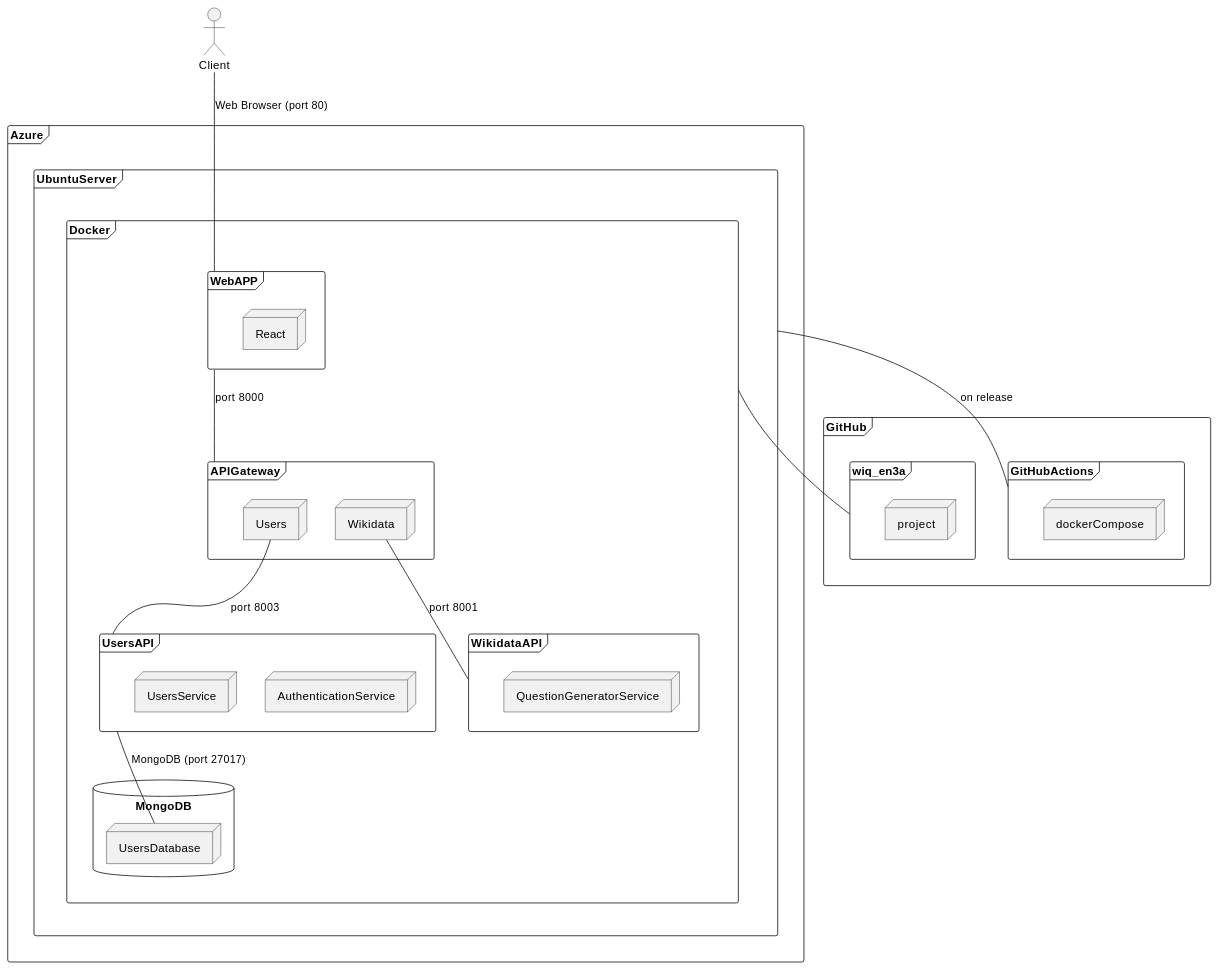
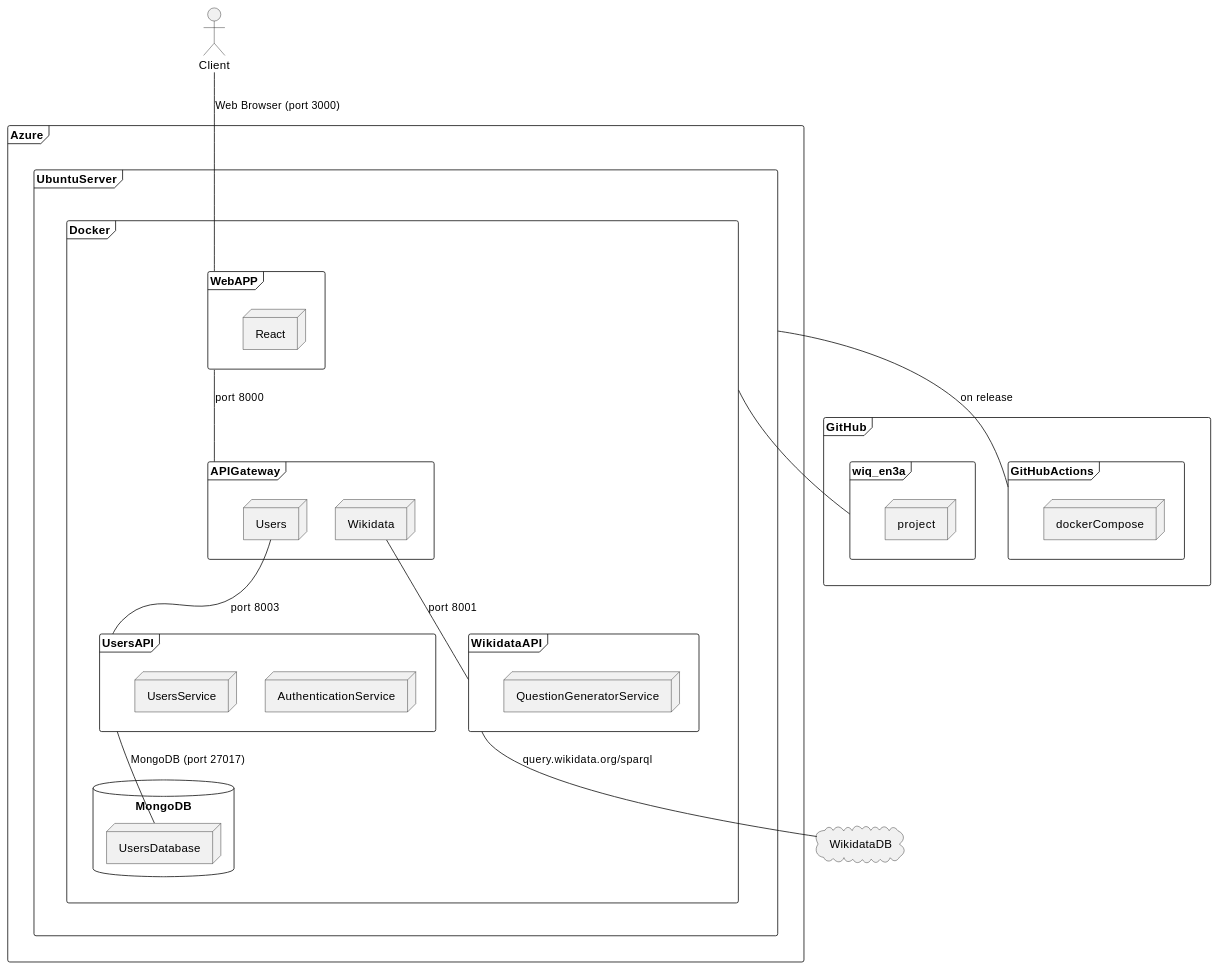
The diagram in docs/src/07_deployment_view.adoc (UO289930/wiq_en3a), drawn with PlantUML before and after one commit. The commit also changed other lines of this file and 7 other files, not shown here.

```diff
--- a/docs/src/07_deployment_view.adoc
+++ b/docs/src/07_deployment_view.adoc
@@ -98,57 +136,62 @@
 [plantuml, target=deployment-diagram, format=png]
 ....
 actor client as "Client"
 frame Azure {
     frame UbuntuServer {
         frame Docker {
 
 
             frame WebAPP {
                 node React
             }
 
             frame APIGateway {
                 node Users
 
                 node Wikidata
             }
 
             database MongoDB {
                 node UsersDatabase
             }
 
             frame UsersAPI {
                 node AuthenticationService
 
                 node UsersService
             }
 
             frame WikidataAPI {
                 node QuestionGeneratorService
             }
         }
     }
 }
 
+cloud WikidataDB{
+    
+}
+
 frame GitHub{
 
         frame GitHubActions{
             node dockerCompose
         }
 
         frame wiq_en3a{
             node project
         }
 
     }
 
 
 WebAPP -- APIGateway : port 8000
 Wikidata -- WikidataAPI: port 8001
+WikidataAPI -- WikidataDB: query.wikidata.org/sparql
 Users -- UsersAPI : port 8003
 UsersAPI -- UsersDatabase : MongoDB (port 27017)
-client -- WebAPP : Web Browser (port 80)
+client -- WebAPP : Web Browser (port 3000)
 
 GitHubActions -- UbuntuServer : on release
 Docker -- wiq_en3a
 ....
```
